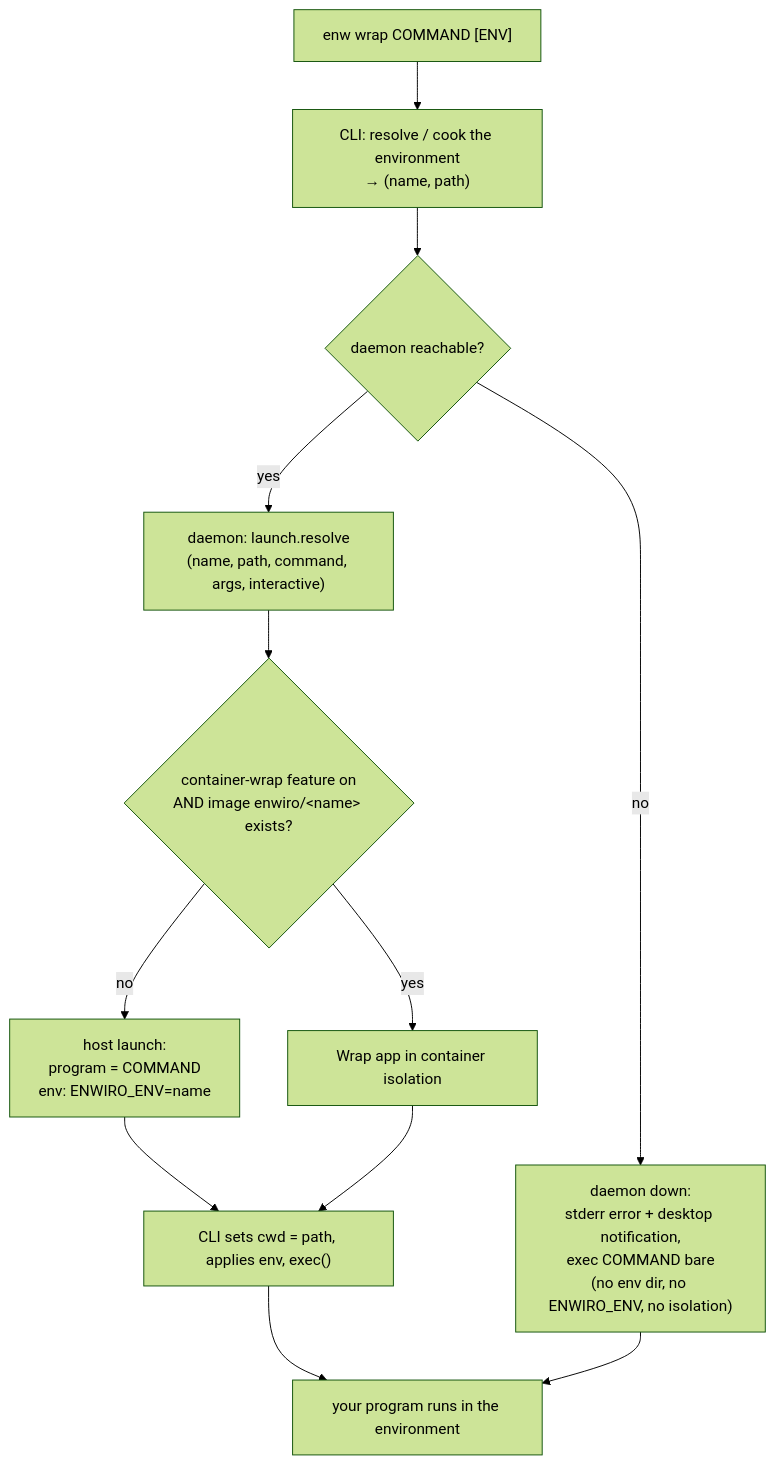
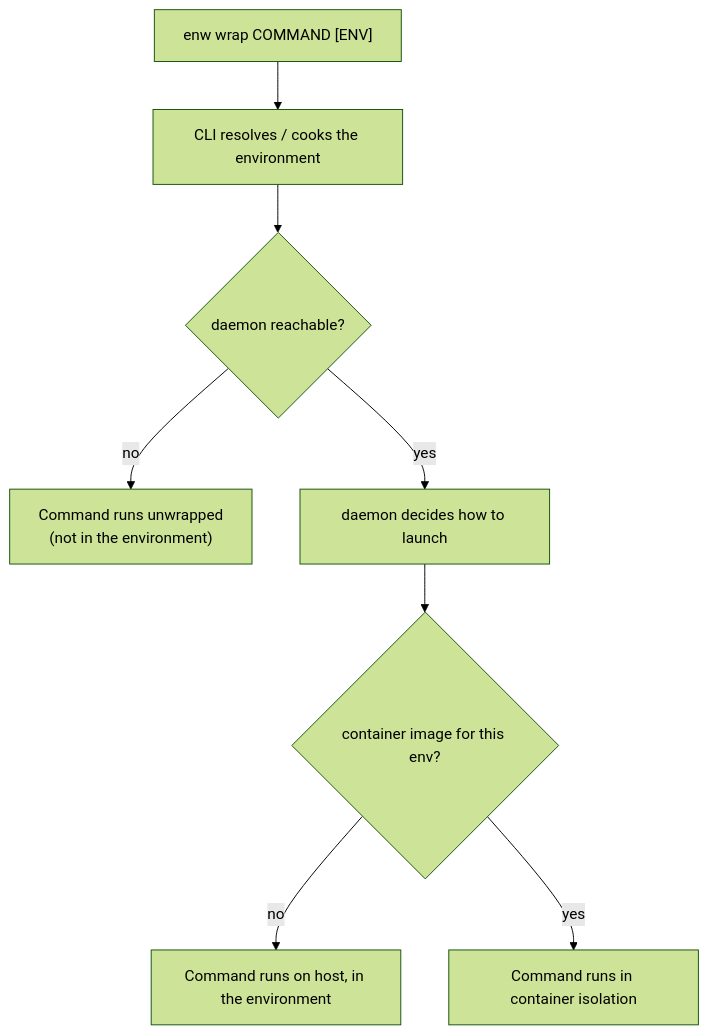
Before and after one commit to kantord/enwiro: the diagram in docs/src/content/docs/launching-apps.md, drawn with Mermaid (forest theme).

````diff
--- a/docs/src/content/docs/launching-apps.md
+++ b/docs/src/content/docs/launching-apps.md
@@ -34,15 +34,11 @@
 ```mermaid
 flowchart TD
-    A["enw wrap COMMAND [ENV]"] --> B["CLI: resolve / cook the environment<br/>→ (name, path)"]
+    A["enw wrap COMMAND [ENV]"] --> B["CLI resolves / cooks the environment"]
     B --> C{"daemon reachable?"}
-    C -- "no" --> H["daemon down:<br/>stderr error + desktop notification,<br/>exec COMMAND bare<br/>(no env dir, no ENWIRO_ENV, no isolation)"]
-    C -- "yes" --> D["daemon: launch.resolve<br/>(name, path, command, args, interactive)"]
-    D --> E{"container-wrap feature on<br/>AND image enwiro/&lt;name&gt; exists?"}
-    E -- "no" --> F["host launch:<br/>program = COMMAND<br/>env: ENWIRO_ENV=name"]
-    E -- "yes" --> G["Wrap app in container isolation"]
-    F --> X["CLI sets cwd = path, applies env, exec()"]
-    G --> X
-    X --> Z["your program runs in the environment"]
-    H --> Z
+    C -- "no" --> H["Command runs unwrapped<br/>(not in the environment)"]
+    C -- "yes" --> D["daemon decides how to launch"]
+    D --> E{"container image for this env?"}
+    E -- "no" --> F["Command runs on host, in the environment"]
+    E -- "yes" --> G["Command runs in container isolation"]
     click G "#the-container-isolation-path-experimental" "How container isolation runs your command"
 ```
````
